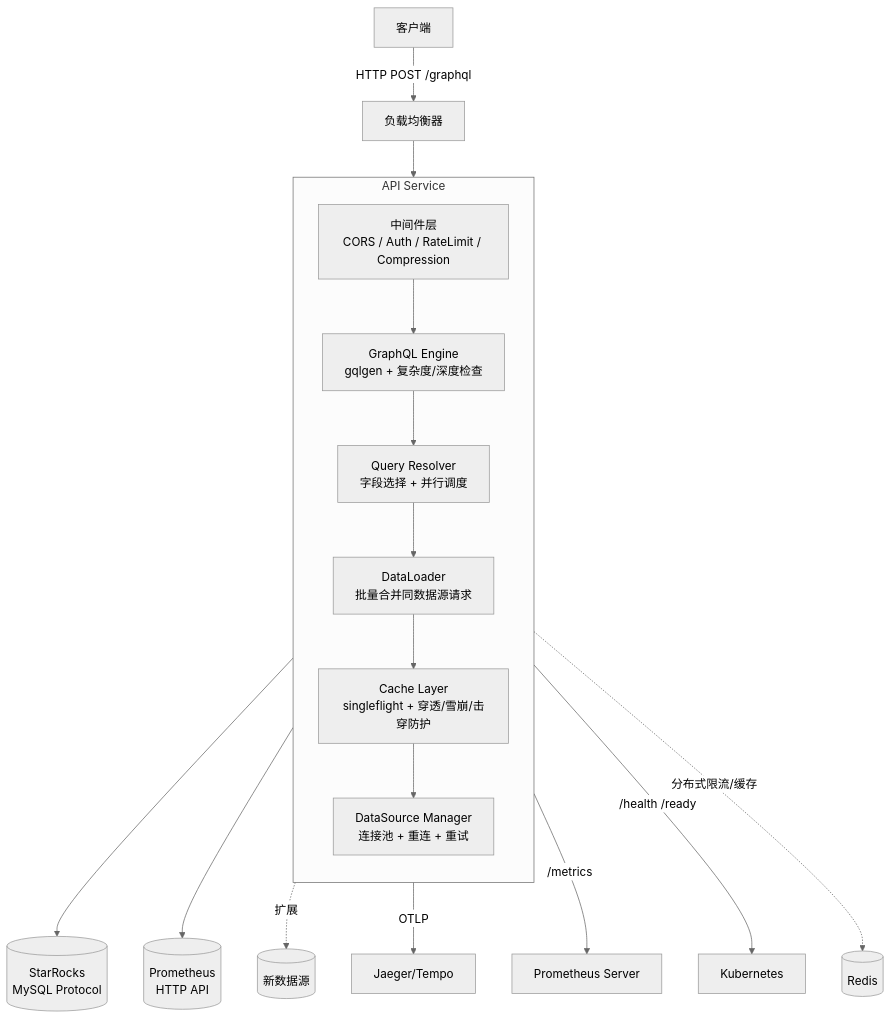
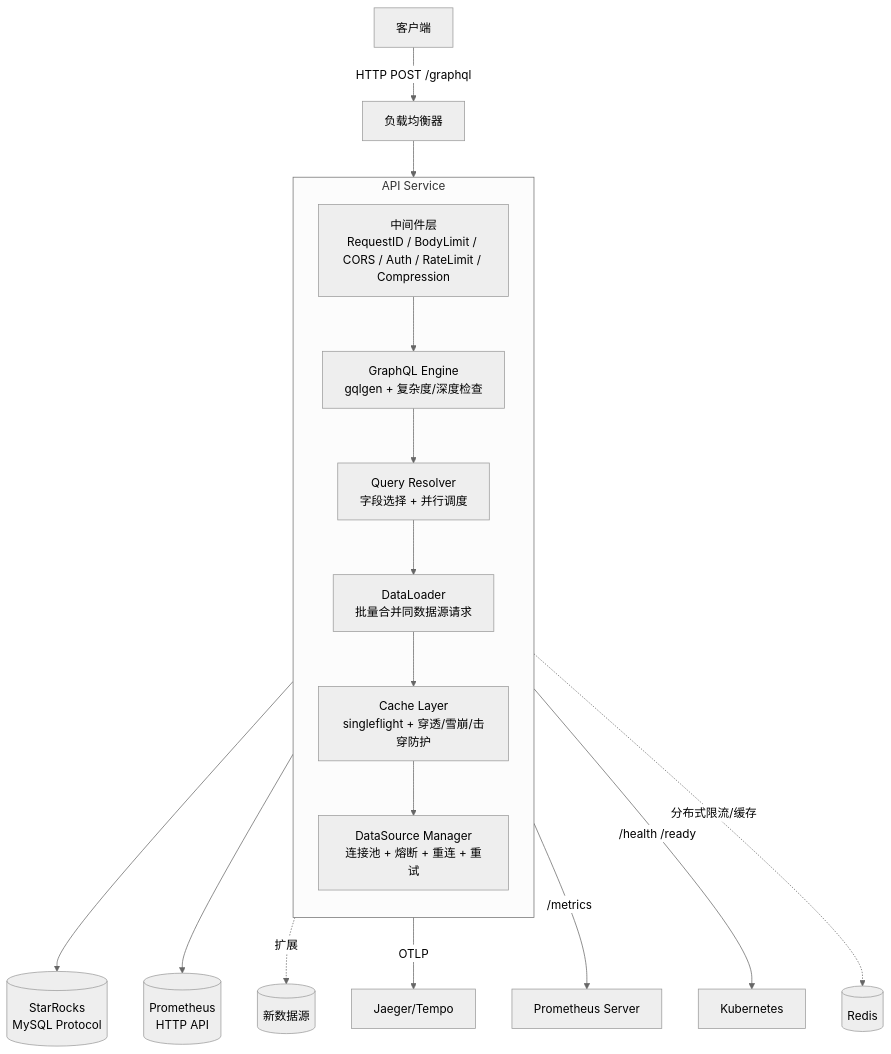
The first of 5 diagrams in .kiro/specs/graphql-multi-datasource-api/design.md (michaelwang123/mountainKing), drawn with Mermaid (neutral theme) before and after one commit. The commit also changed other lines of this file, not shown here.

````diff
--- a/.kiro/specs/graphql-multi-datasource-api/design.md
+++ b/.kiro/specs/graphql-multi-datasource-api/design.md
@@ -32,35 +35,30 @@
 ```mermaid
 graph TB
     Client[客户端] -->|HTTP POST /graphql| LB[负载均衡器]
     LB --> API[API Service]
     
     subgraph API[API Service]
         direction TB
-        MW[中间件层<br/>CORS / Auth / RateLimit / Compression]
-        GQL[GraphQL Engine<br/>gqlgen]
-        QR[Query Resolver]
-        DL[DataLoader]
-        DSM[DataSource Manager]
-        CL[Cache r/>RequestID / BodyLimit / CORS / Auth / RateLimit / Compression]
+        MW[中间件层<br/>RequestID / BodyLimit / CORS / Auth / RateLimit / Compression]
         GQL[GraphQL Engine<br/>gqlgen + 复杂度/深度检查]
         QR[Query Resolver<br/>字段选择 + 并行调度]
         DL[DataLoader<br/>批量合并同数据源请求]
         CL[Cache Layer<br/>singleflight + 穿透/雪崩/击穿防护]
-        DSM[DataSource Manager<br/>连接池 + 重连 + 重试]
+        DSM[DataSource Manager<br/>连接池 + 熔断 + 重连 + 重试]
         
         MW --> GQL
         GQL --> QR
         QR --> DL
         DL --> CL
         CL --> DSM
     end
     
     DSM --> SR[(StarRocks<br/>MySQL Protocol)]
     DSM --> PM[(Prometheus<br/>HTTP API)]
     DSM -.->|扩展| NEW[(新数据源)]
     
     API -->|OTLP| Jaeger[Jaeger/Tempo]
     API -->|/metrics| PromServer[Prometheus Server]
     API -->|/health /ready| K8s[Kubernetes]
     API -.->|分布式限流/缓存| Redis[(Redis)]
 ```
````
